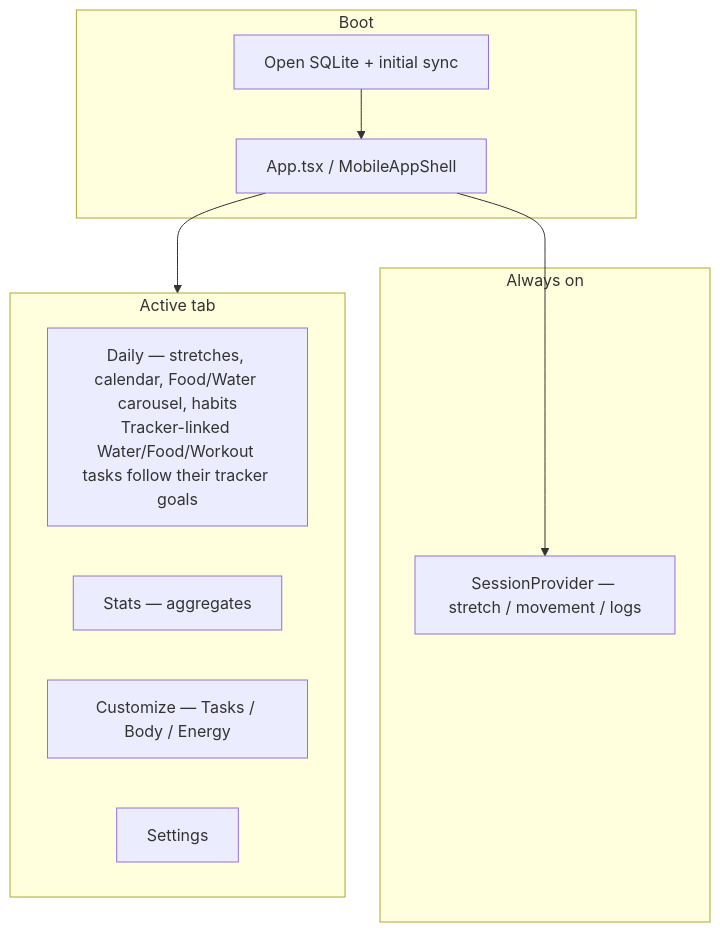
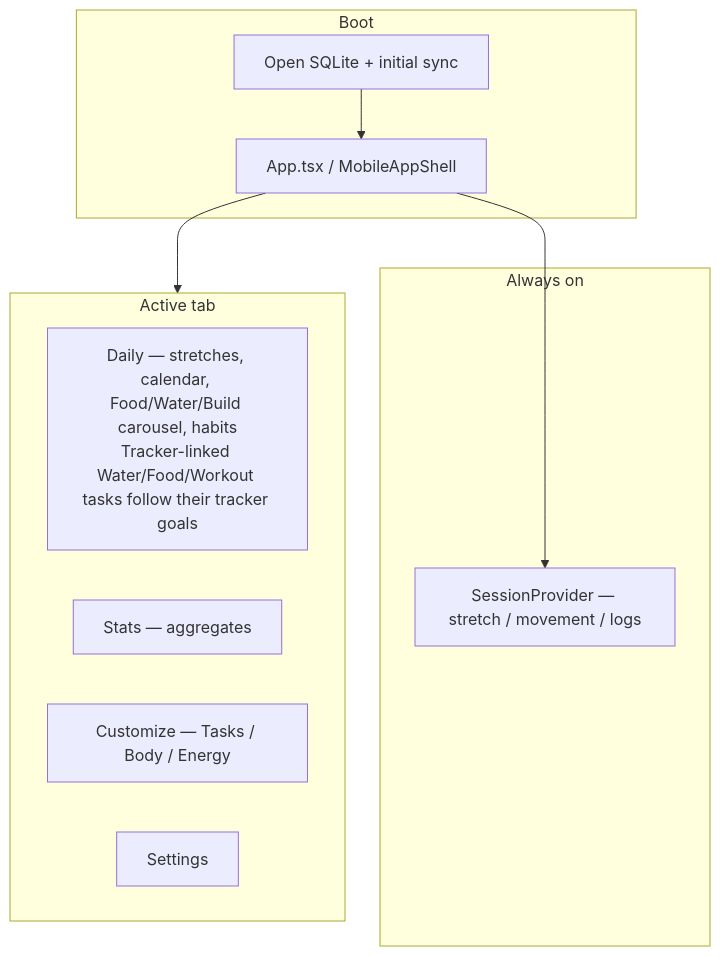
Before and after one commit to jdserenity/management: the second of 4 diagrams in scaffold/CODEMAP-HUMAN.md, drawn with Mermaid. The commit also changed 7 other files, not shown here.

First line of the commit message:
Put Build snacks back on Daily as a notes-style third carousel slide.

````diff
--- a/scaffold/CODEMAP-HUMAN.md
+++ b/scaffold/CODEMAP-HUMAN.md
@@ -35,19 +35,19 @@
 ```mermaid
 flowchart TB
   subgraph boot["Boot"]
     DB["Open SQLite + initial sync"]
     App["App.tsx / MobileAppShell"]
   end
   subgraph providers["Always on"]
     SP["SessionProvider — stretch / movement / logs"]
   end
   subgraph tabs["Active tab"]
-    Daily["Daily — stretches, calendar, Food/Water carousel, habits\nTracker-linked Water/Food/Workout tasks follow their tracker goals"]
+    Daily["Daily — stretches, calendar, Food/Water/Build carousel, habits\nTracker-linked Water/Food/Workout tasks follow their tracker goals"]
     Stats["Stats — aggregates"]
     Customize["Customize — Tasks / Body / Energy"]
     Settings["Settings"]
   end
   DB --> App
   App --> SP
   App --> tabs
 ```
````
